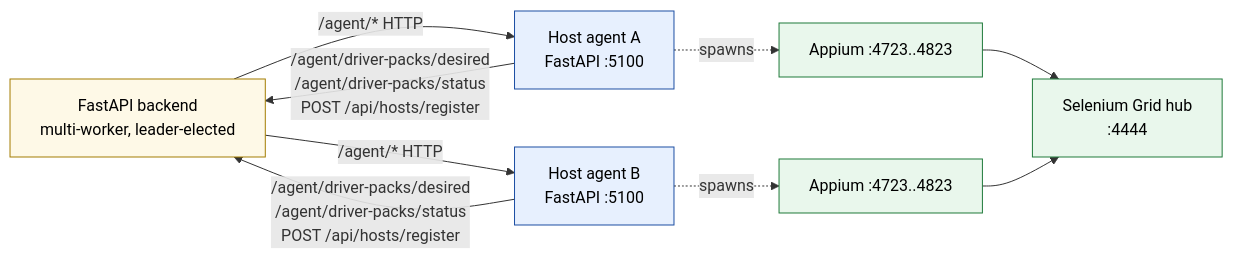
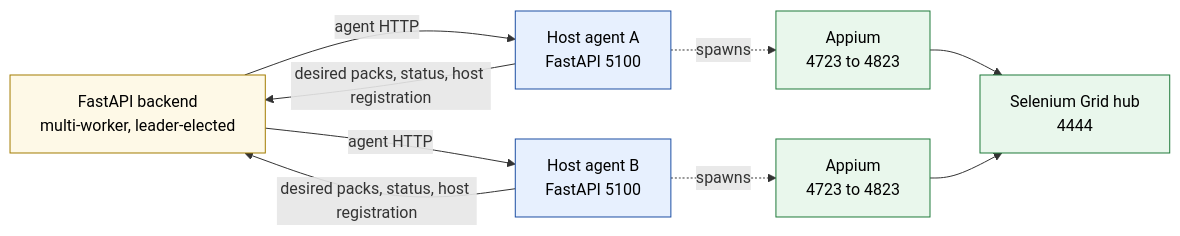
The first of 3 diagrams in docs/design/04-backend-agent-contract.md (quidow/gridfleet), drawn with Mermaid before and after one commit. The commit also changed other lines of this file and 5 other files, not shown here.

Commit message:
docs(docs): fix design mermaid diagrams

````diff
--- a/docs/design/04-backend-agent-contract.md
+++ b/docs/design/04-backend-agent-contract.md
@@ -11,22 +11,22 @@
 ```mermaid
 flowchart LR
     classDef be fill:#fef9e7,stroke:#a37c00,color:#000
     classDef ag fill:#e7f0fe,stroke:#1c4ea3,color:#000
     classDef ext fill:#e9f7ec,stroke:#1f7a3a,color:#000
 
-    backend[FastAPI backend<br/>multi-worker, leader-elected]:::be
-    agent1[Host agent A<br/>FastAPI :5100]:::ag
-    agent2[Host agent B<br/>FastAPI :5100]:::ag
-    grid[Selenium Grid hub<br/>:4444]:::ext
-    appium1[Appium :4723..4823]:::ext
-    appium2[Appium :4723..4823]:::ext
+    backend["FastAPI backend<br/>multi-worker, leader-elected"]:::be
+    agent1["Host agent A<br/>FastAPI 5100"]:::ag
+    agent2["Host agent B<br/>FastAPI 5100"]:::ag
+    grid["Selenium Grid hub<br/>4444"]:::ext
+    appium1["Appium<br/>4723 to 4823"]:::ext
+    appium2["Appium<br/>4723 to 4823"]:::ext
 
-    backend -->|/agent/* HTTP| agent1
-    backend -->|/agent/* HTTP| agent2
-    agent1 -->|/agent/driver-packs/desired<br/>/agent/driver-packs/status<br/>POST /api/hosts/register| backend
-    agent2 -->|/agent/driver-packs/desired<br/>/agent/driver-packs/status<br/>POST /api/hosts/register| backend
+    backend -->|"agent HTTP"| agent1
+    backend -->|"agent HTTP"| agent2
+    agent1 -->|"desired packs, status, host registration"| backend
+    agent2 -->|"desired packs, status, host registration"| backend
     agent1 -.spawns.-> appium1
     agent2 -.spawns.-> appium2
     appium1 --> grid
     appium2 --> grid
 ```
````
